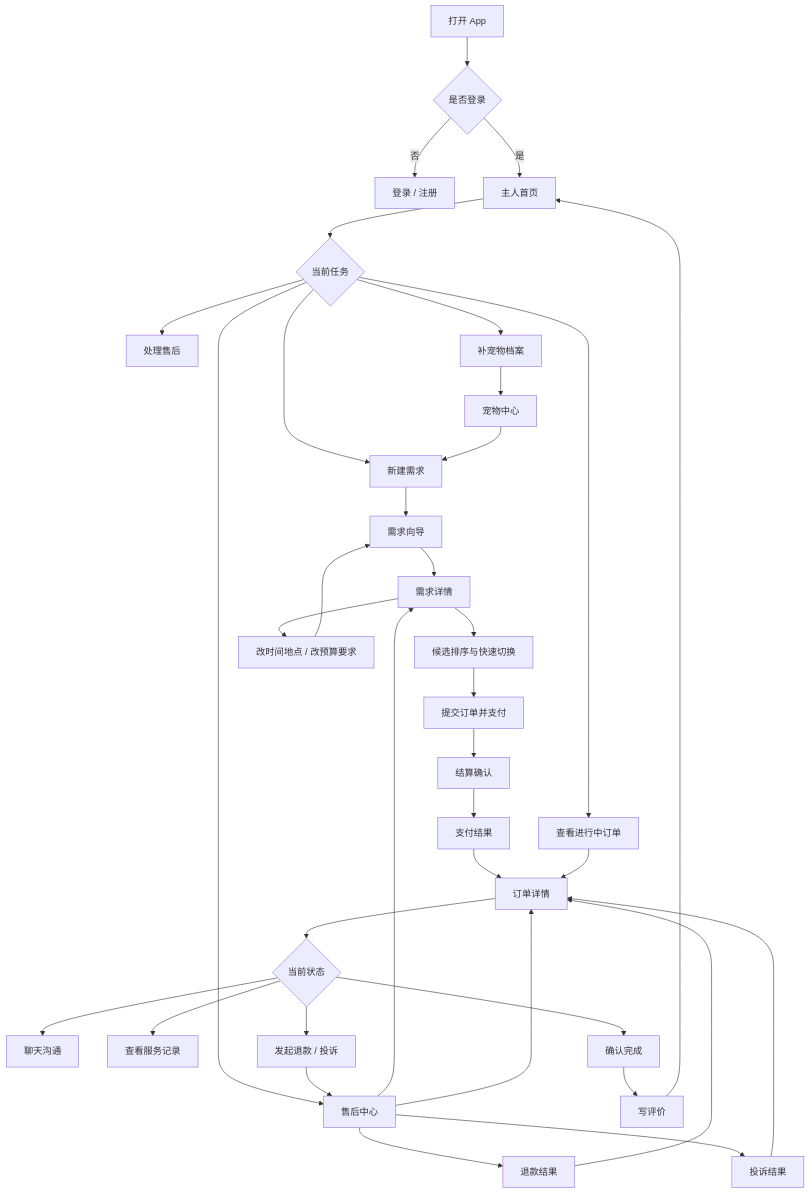
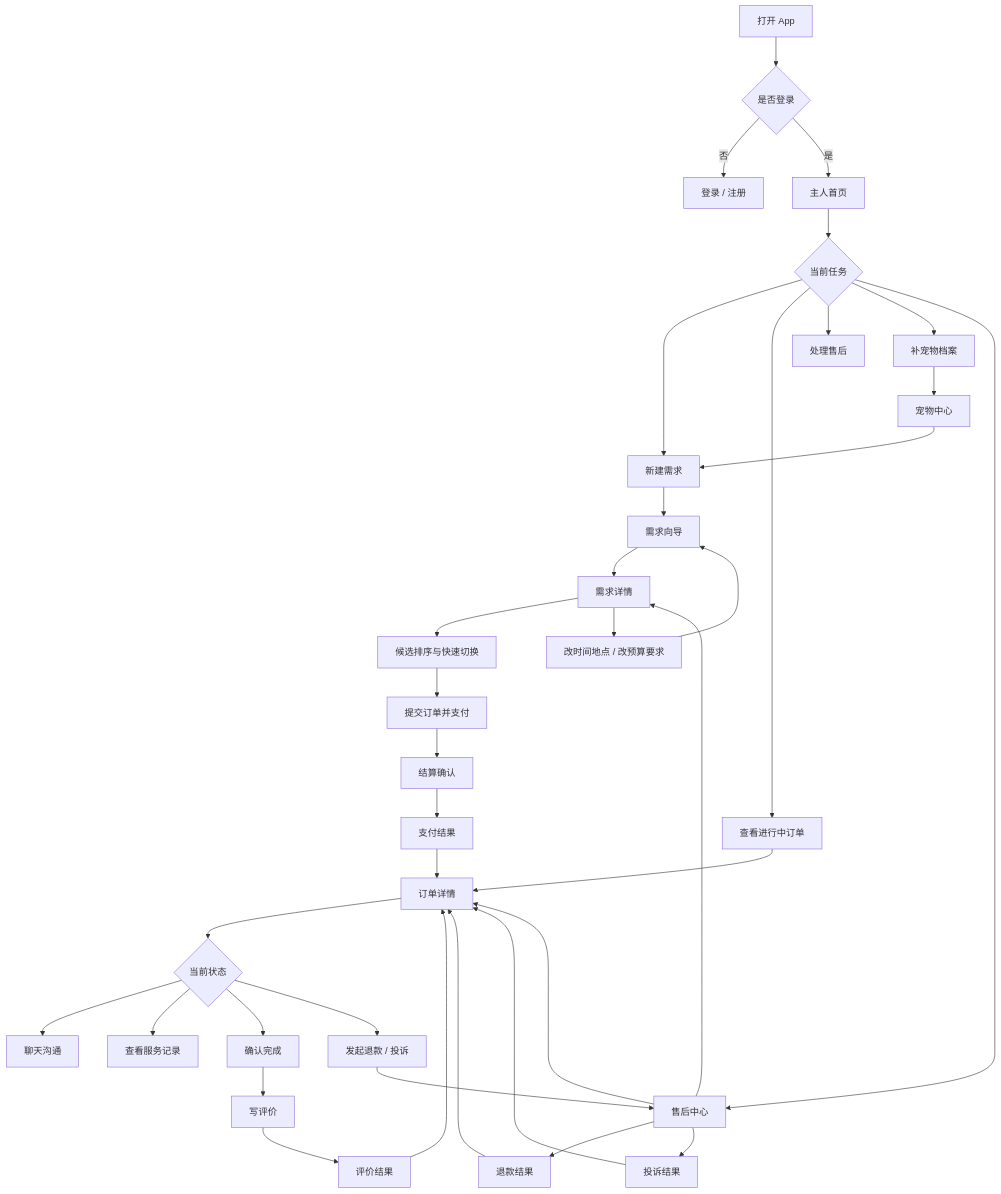
One commit to pqcqaq/PetPal changed the first of 10 diagrams in apps/docs/project/PetPal-Frontend-Blueprint.md. Above: the diagram before and after it, drawn with Mermaid. The commit also changed 12 other files, not shown here.

````diff
--- a/apps/docs/project/PetPal-Frontend-Blueprint.md
+++ b/apps/docs/project/PetPal-Frontend-Blueprint.md
@@ -86,38 +86,39 @@
 ```mermaid
 flowchart TD
     A[打开 App] --> B{是否登录}
     B -- 否 --> C[登录 / 注册]
     B -- 是 --> D[主人首页]
     D --> E{当前任务}
     E --> F[新建需求]
     E --> G[查看进行中订单]
     E --> H[处理售后]
     E --> I[补宠物档案]
     E --> W[继续已有需求]
     I --> J[宠物中心]
     J --> F
     F --> K[需求向导]
     K --> X[需求详情]
     W --> X
     X --> L[候选排序与快速切换]
     L --> M[提交订单并支付]
     X --> Y[改时间地点 / 改预算要求]
     Y --> K
     M --> N[结算确认]
     N --> O[支付结果]
     O --> P[订单详情]
     G --> P
     P --> Q{当前状态}
     Q --> R[聊天沟通]
     Q --> S[查看服务记录]
     Q --> T[确认完成]
     Q --> U[发起退款 / 投诉]
     T --> V[写评价]
+    V --> AB[评价结果]
     U --> W[售后中心]
     W --> Z[退款结果]
     W --> AA[投诉结果]
+    AB --> P
     Z --> P
     AA --> P
-    V --> D
     W --> P
 ```
````
